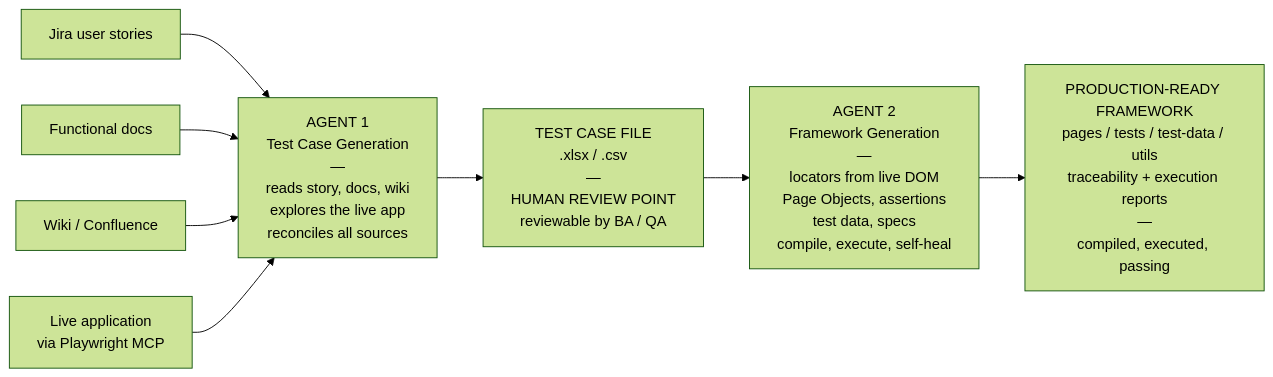
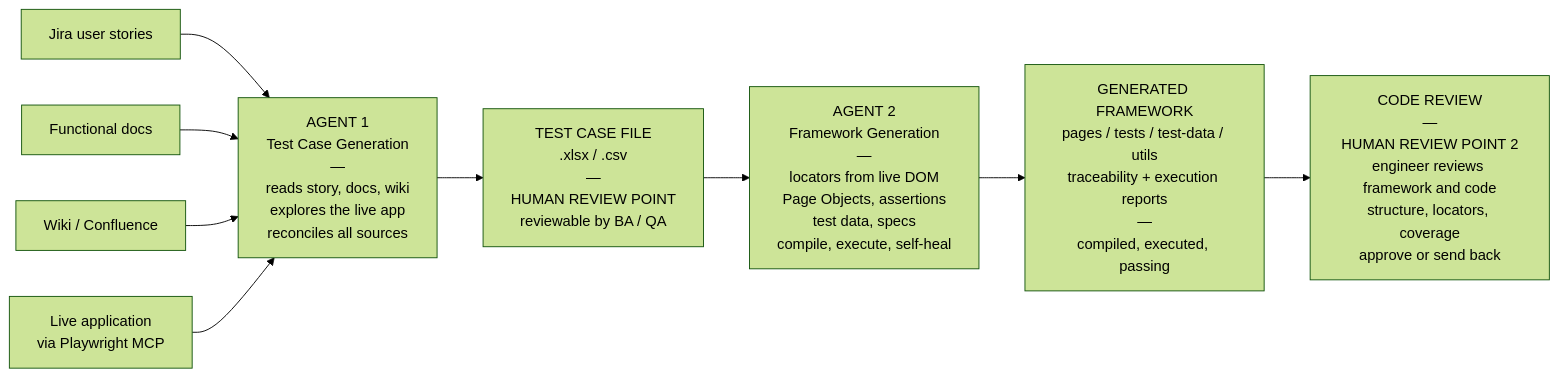
One commit to siddheshwarDevkate/AI-Automation_AgentSkill changed the first of 2 diagrams in docs/presentation-ai-test-automation.md. Above: the diagram before and after it, drawn with Mermaid (forest theme). The commit also changed other lines of this file, not shown here.

First line of the commit message:
Make architecture diagram horizontal, add code review checkpoint

````diff
--- a/docs/presentation-ai-test-automation.md
+++ b/docs/presentation-ai-test-automation.md
@@ -13,21 +13,25 @@
 ```mermaid
 flowchart LR
     J["Jira user stories"] --> A1
     F["Functional docs"] --> A1
     W["Wiki / Confluence"] --> A1
     L["Live application<br/>via Playwright MCP"] --> A1
 
     A1["AGENT 1<br/>Test Case Generation<br/>—<br/>reads story, docs, wiki<br/>explores the live app<br/>reconciles all sources"]
 
     A1 --> TC
 
     TC["TEST CASE FILE<br/>.xlsx / .csv<br/>—<br/>HUMAN REVIEW POINT<br/>reviewable by BA / QA"]
 
     TC --> A2
 
     A2["AGENT 2<br/>Framework Generation<br/>—<br/>locators from live DOM<br/>Page Objects, assertions<br/>test data, specs<br/>compile, execute, self-heal"]
 
     A2 --> OUT
 
-    OUT["PRODUCTION-READY FRAMEWORK<br/>pages / tests / test-data / utils<br/>traceability + execution reports<br/>—<br/>compiled, executed, passing"]
+    OUT["GENERATED FRAMEWORK<br/>pages / tests / test-data / utils<br/>traceability + execution reports<br/>—<br/>compiled, executed, passing"]
+
+    OUT --> RV
+
+    RV["CODE REVIEW<br/>—<br/>HUMAN REVIEW POINT 2<br/>engineer reviews framework and code<br/>structure, locators, coverage<br/>approve or send back"]
 ```
````
